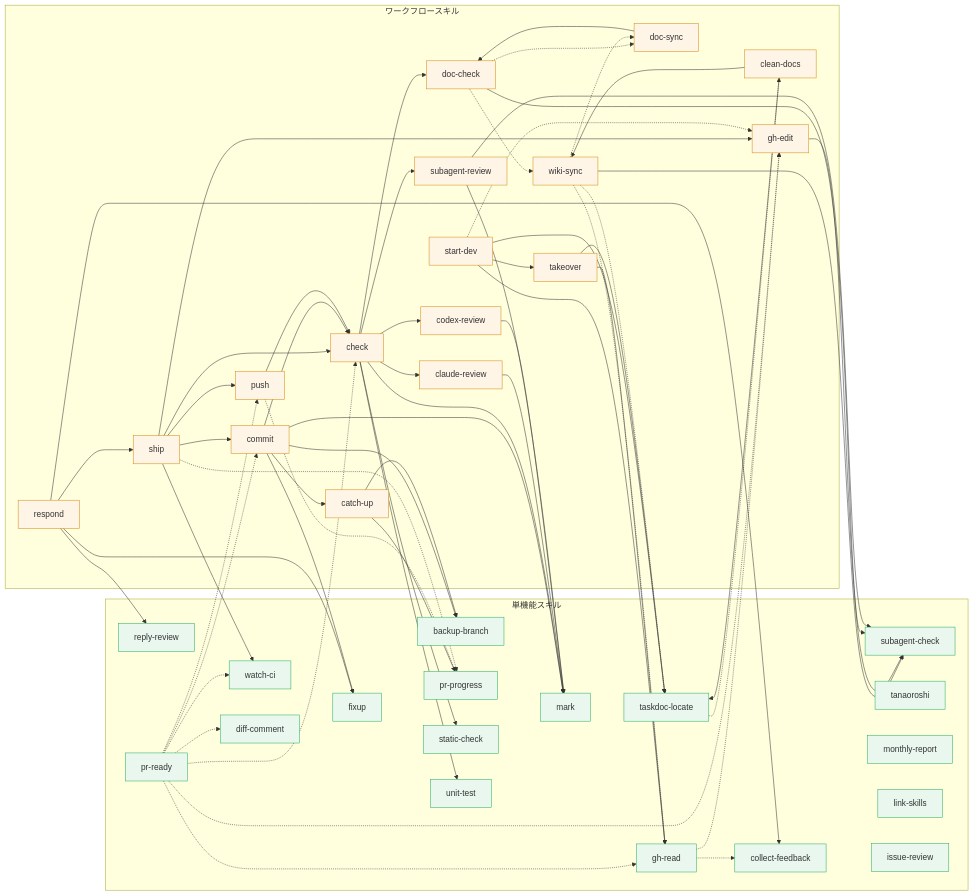
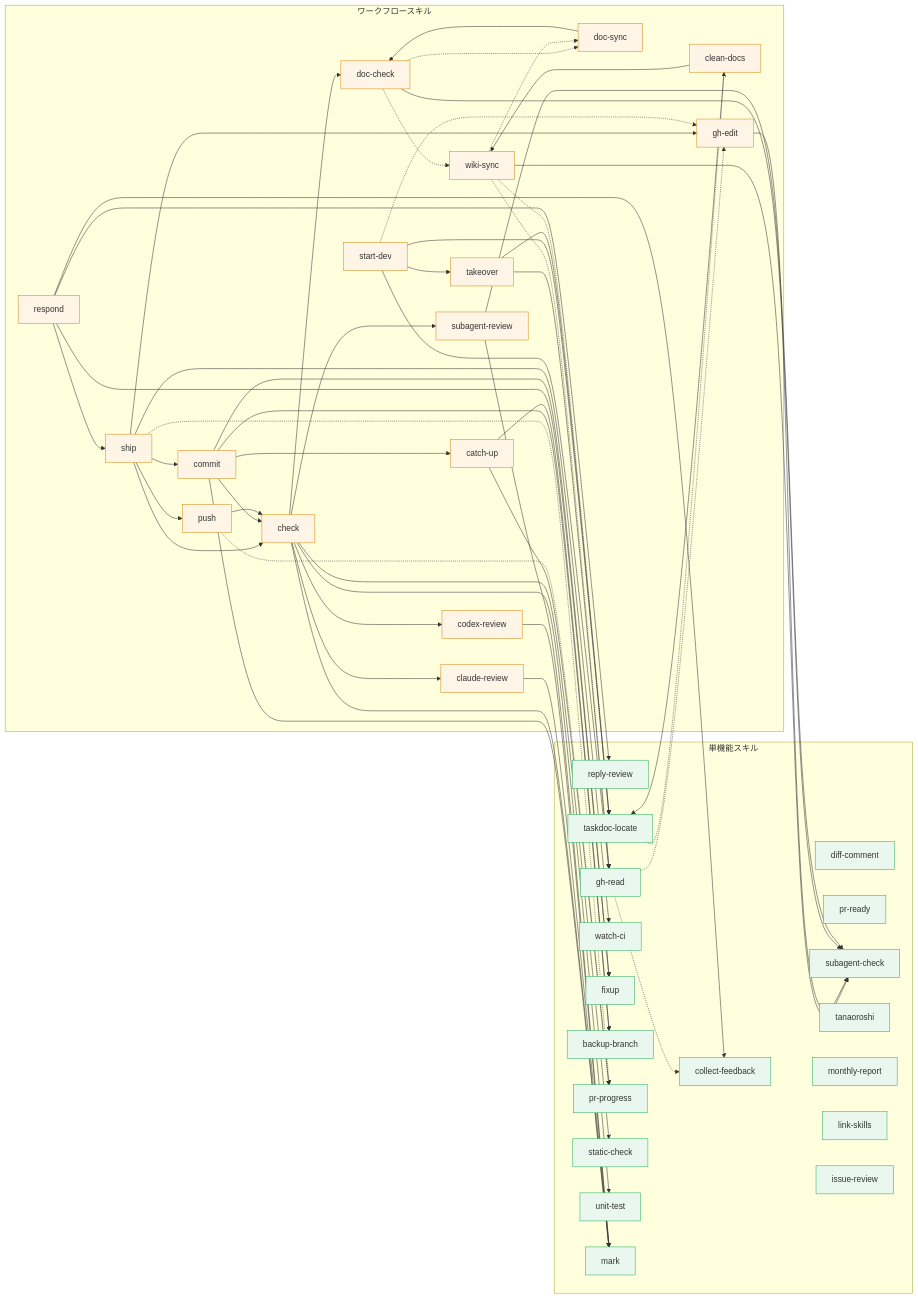
The second of 2 diagrams in README.md (mistbind3u88/bonsai), drawn with Mermaid before and after one commit. The commit also changed 1 other file, not shown here.

Commit message:
docs: wiki-sync と依存図の説明を整合させる

```diff
--- a/README.md
+++ b/README.md
@@ -188,13 +188,6 @@
     gh-read -.-> collect-feedback
     push -.-> pr-progress
     ship -.-> pr-progress
-    pr-ready -.-> commit
-    pr-ready -.-> push
-    pr-ready -.-> check
-    pr-ready -.-> gh-read
-    pr-ready -.-> gh-edit
-    pr-ready -.-> diff-comment
-    pr-ready -.-> watch-ci
     wiki-sync -.-> gh-read
     wiki-sync -.-> taskdoc-locate
     wiki-sync -.-> doc-sync
```
